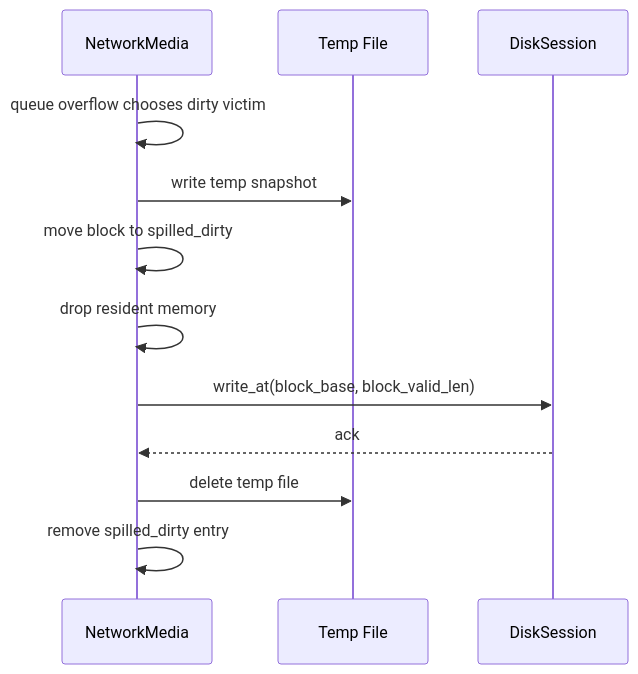
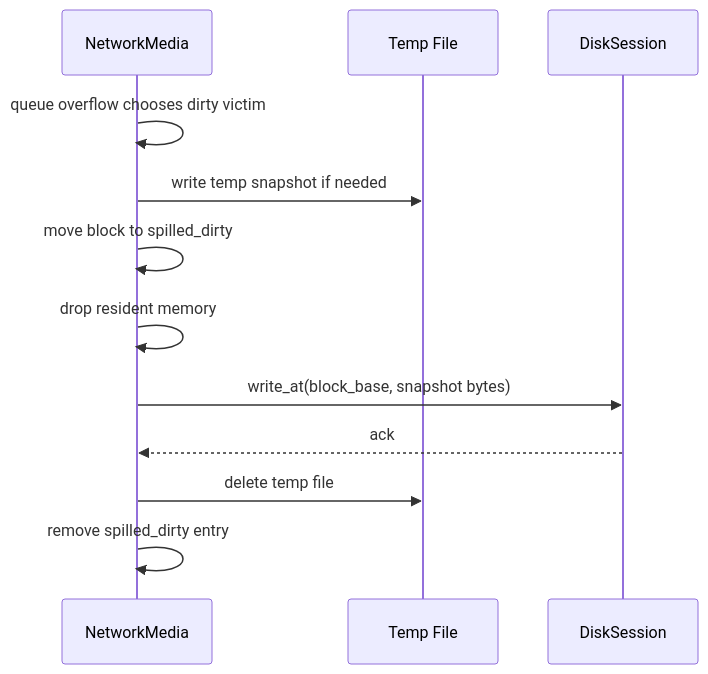
Before and after one commit to Zightch/yumedisk: the third of 3 diagrams in docs/tmp/network-media-cache-draft.md, drawn with Mermaid. The commit also changed other lines of this file, not shown here.

````diff
--- a/docs/tmp/network-media-cache-draft.md
+++ b/docs/tmp/network-media-cache-draft.md
@@ -1086,15 +1159,15 @@
 ```mermaid
 sequenceDiagram
     participant NM as NetworkMedia
     participant TMP as Temp File
     participant DS as DiskSession
 
     NM->>NM: queue overflow chooses dirty victim
-    NM->>TMP: write temp snapshot
+    NM->>TMP: write temp snapshot if needed
     NM->>NM: move block to spilled_dirty
     NM->>NM: drop resident memory
-    NM->>DS: write_at(block_base, block_valid_len)
+    NM->>DS: write_at(block_base, snapshot bytes)
     DS-->>NM: ack
     NM->>TMP: delete temp file
     NM->>NM: remove spilled_dirty entry
 ```
````
